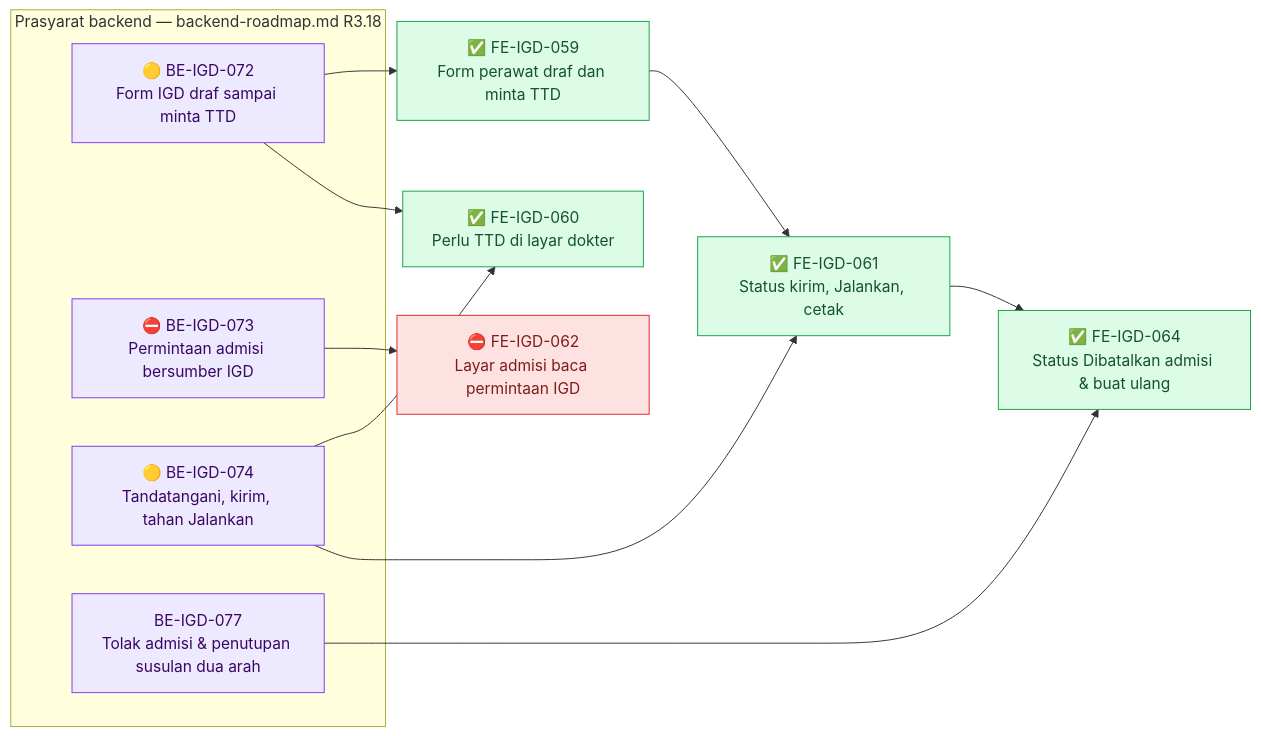
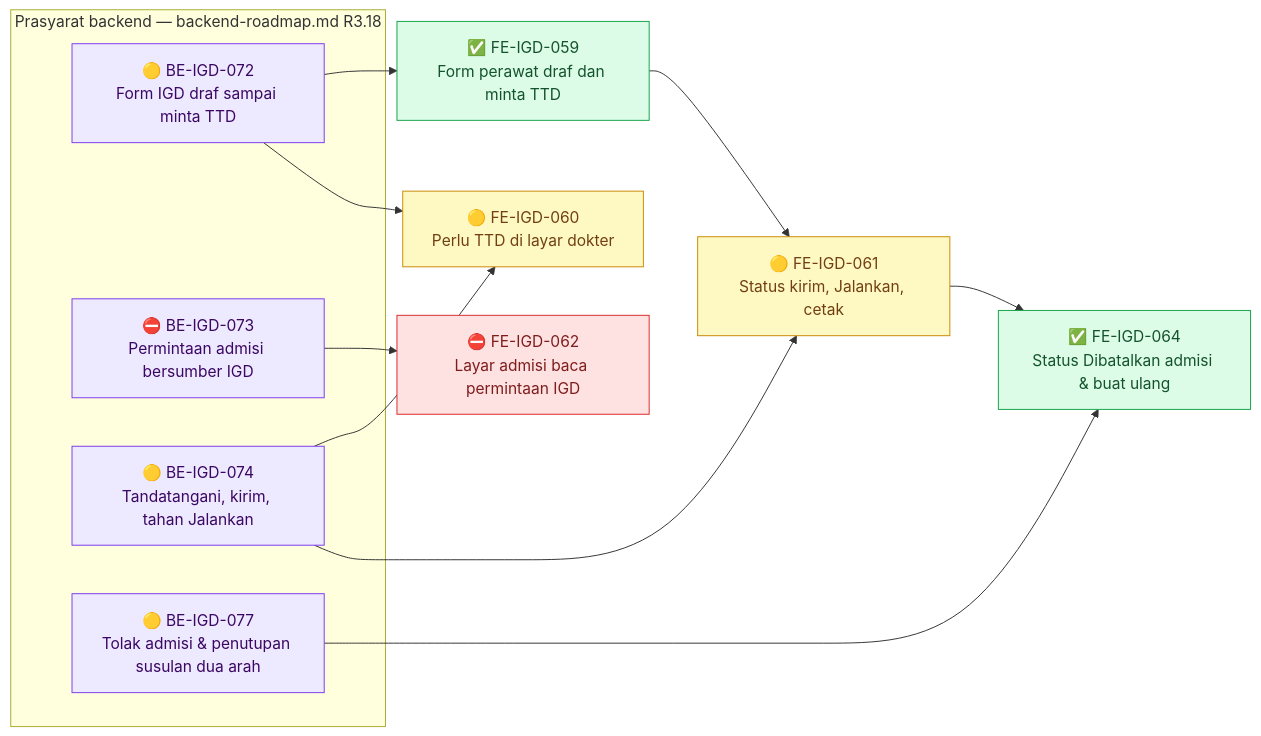
One commit to DevBenari/NewQuilvianSystemBackend changed diagram 19 of 19 in docs/module-blueprints/igd/roadmap/frontend-roadmap.md. Above: the diagram before and after it, drawn with Mermaid. The commit also changed other lines of this file and 12 other files, not shown here.

````diff
--- a/docs/module-blueprints/igd/roadmap/frontend-roadmap.md
+++ b/docs/module-blueprints/igd/roadmap/frontend-roadmap.md
@@ -2735,30 +2735,30 @@
 ```mermaid
 flowchart LR
     classDef selesai fill:#DCFCE7,stroke:#16A34A,color:#14532D
     classDef sebagian fill:#FEF9C3,stroke:#CA8A04,color:#713F12
     classDef terblokir fill:#FEE2E2,stroke:#DC2626,color:#7F1D1D
     classDef belum fill:#F1F5F9,stroke:#64748B,color:#0F172A
     classDef luar fill:#EDE9FE,stroke:#7C3AED,color:#3B0764
 
     subgraph backend1601["Prasyarat backend — backend-roadmap.md R3.18"]
         BEIGD072P["🟡 BE-IGD-072<br/>Form IGD draf sampai minta TTD"]:::luar
         BEIGD073P["⛔ BE-IGD-073<br/>Permintaan admisi bersumber IGD"]:::luar
         BEIGD074P["🟡 BE-IGD-074<br/>Tandatangani, kirim, tahan Jalankan"]:::luar
-        BEIGD077P["BE-IGD-077<br/>Tolak admisi & penutupan susulan dua arah"]:::luar
+        BEIGD077P["🟡 BE-IGD-077<br/>Tolak admisi & penutupan susulan dua arah"]:::luar
     end
 
     FEIGD059["✅ FE-IGD-059<br/>Form perawat draf dan minta TTD"]:::selesai
-    FEIGD060["✅ FE-IGD-060<br/>Perlu TTD di layar dokter"]:::selesai
-    FEIGD061["✅ FE-IGD-061<br/>Status kirim, Jalankan, cetak"]:::selesai
+    FEIGD060["🟡 FE-IGD-060<br/>Perlu TTD di layar dokter"]:::sebagian
+    FEIGD061["🟡 FE-IGD-061<br/>Status kirim, Jalankan, cetak"]:::sebagian
     FEIGD062["⛔ FE-IGD-062<br/>Layar admisi baca permintaan IGD"]:::terblokir
     FEIGD064["✅ FE-IGD-064<br/>Status Dibatalkan admisi & buat ulang"]:::selesai
 
     BEIGD072P --> FEIGD059
     BEIGD072P --> FEIGD060
     BEIGD074P --> FEIGD060
     BEIGD074P --> FEIGD061
     FEIGD059 --> FEIGD061
     BEIGD073P --> FEIGD062
     BEIGD077P --> FEIGD064
     FEIGD061 --> FEIGD064
 ```
````
